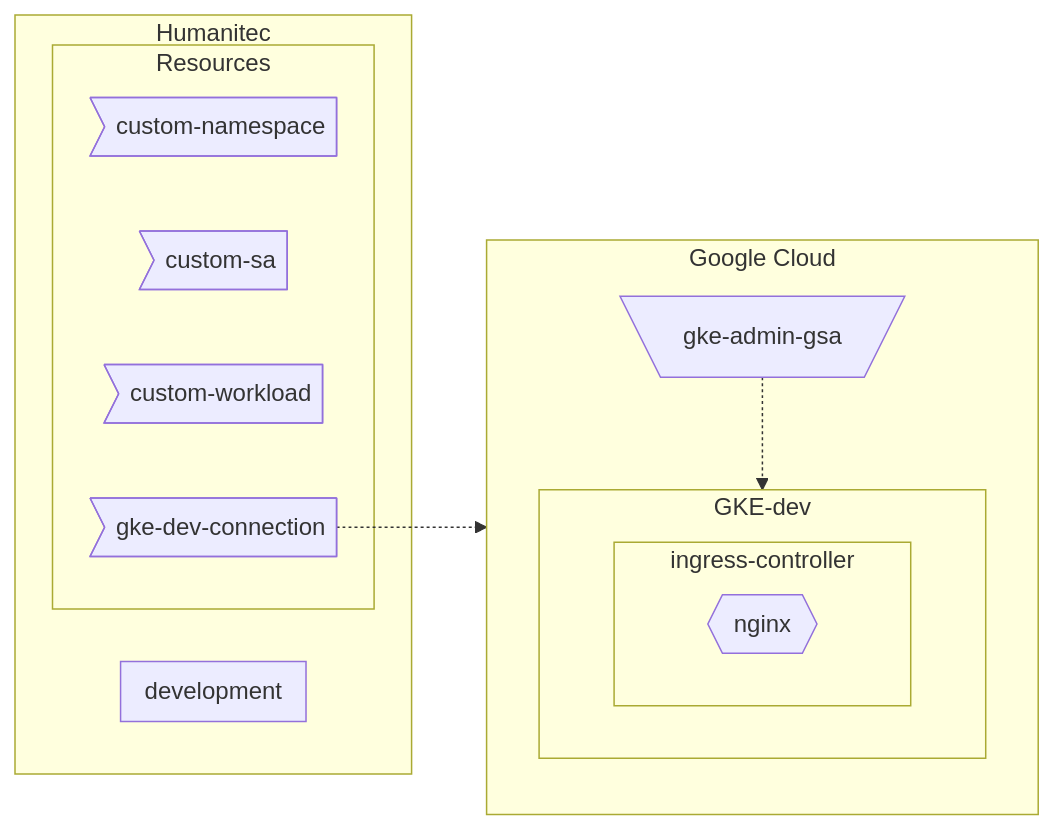
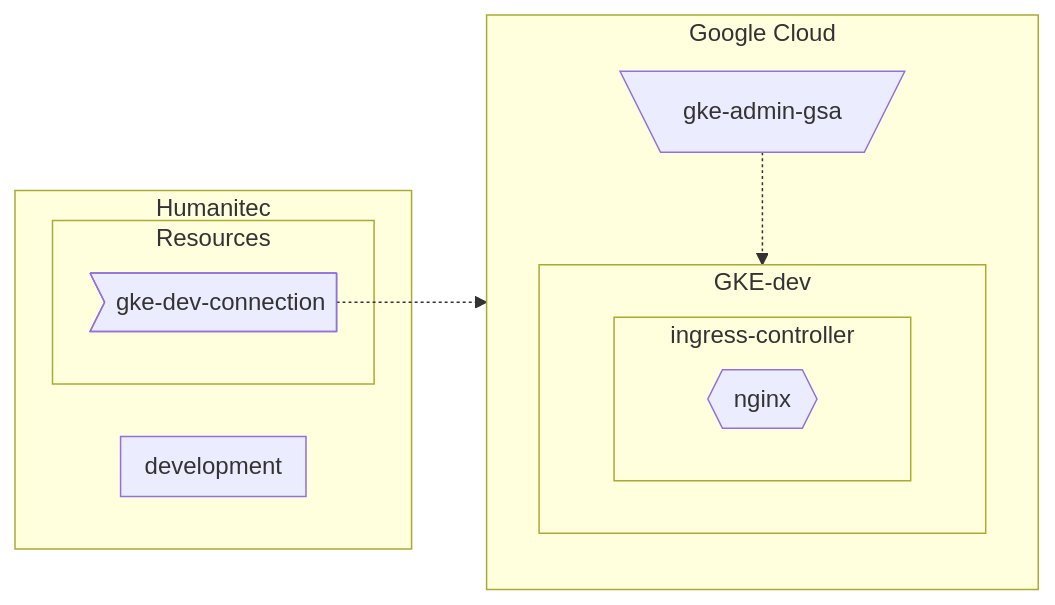
The diagram in docs/gke-setup.md (mathieu-benoit/hello-humanitec), drawn with Mermaid before and after one commit.

````diff
--- a/docs/gke-setup.md
+++ b/docs/gke-setup.md
@@ -1,24 +1,21 @@
 ```mermaid
 flowchart LR
   subgraph Humanitec
     subgraph development
     end
     subgraph Resources
-        custom-namespace>custom-namespace]
-        custom-sa>custom-sa]
-        custom-workload>custom-workload]
         gke-dev-connection>gke-dev-connection]
     end
   end
   subgraph Google Cloud
     direction TB
     gke-admin-gsa[\gke-admin-gsa/]
     subgraph GKE-dev
         subgraph ingress-controller
             nginx{{nginx}}
         end
     end
   end
   gke-dev-connection-.->gke-admin-gsa
   gke-admin-gsa-.->GKE-dev
 ```
````
